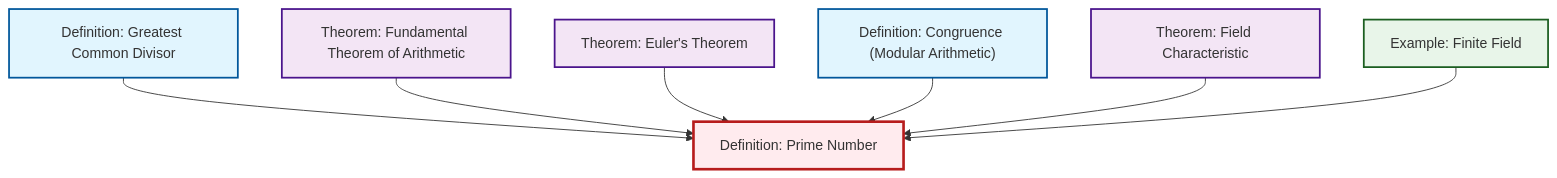
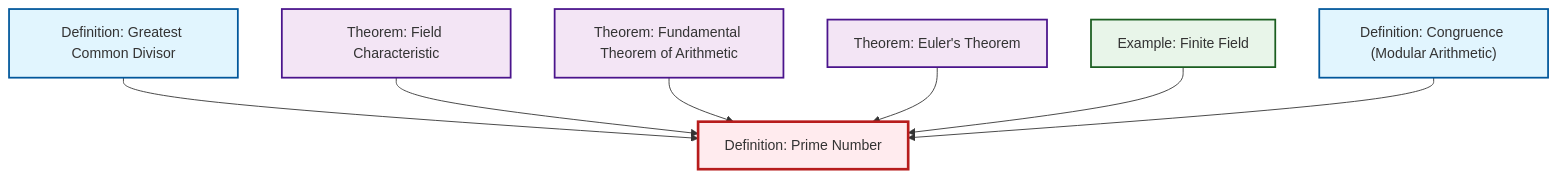
One commit to RK0429/ModernMath changed the diagram in content/ja/number-theory/def-prime.qmd. Above: the diagram before and after it, drawn with Mermaid. The commit also changed other lines of this file and 434 other files, not shown here.

````diff
--- a/content/ja/number-theory/def-prime.qmd
+++ b/content/ja/number-theory/def-prime.qmd
@@ -54,29 +54,29 @@
 ```{mermaid}
 %%| fig-cap: "Local dependency graph"
 graph TD
     classDef definition fill:#e1f5fe,stroke:#01579b,stroke-width:2px
     classDef theorem fill:#f3e5f5,stroke:#4a148c,stroke-width:2px
     classDef axiom fill:#fff3e0,stroke:#e65100,stroke-width:2px
     classDef example fill:#e8f5e9,stroke:#1b5e20,stroke-width:2px
     classDef current fill:#ffebee,stroke:#b71c1c,stroke-width:3px
+    ex-finite-field["Example: Finite Field"]:::example
+    def-prime["Definition: Prime Number"]:::definition
     def-gcd["Definition: Greatest Common Divisor"]:::definition
-    ex-finite-field["Example: Finite Field"]:::example
+    thm-fundamental-arithmetic["Theorem: Fundamental Theorem of Arithmetic"]:::theorem
+    thm-field-characteristic["Theorem: Field Characteristic"]:::theorem
     thm-euler["Theorem: Euler's Theorem"]:::theorem
-    thm-field-characteristic["Theorem: Field Characteristic"]:::theorem
-    thm-fundamental-arithmetic["Theorem: Fundamental Theorem of Arithmetic"]:::theorem
     def-congruence["Definition: Congruence (Modular Arithmetic)"]:::definition
-    def-prime["Definition: Prime Number"]:::definition
     def-gcd --> def-prime
+    thm-field-characteristic --> def-prime
     thm-fundamental-arithmetic --> def-prime
     thm-euler --> def-prime
+    ex-finite-field --> def-prime
     def-congruence --> def-prime
-    thm-field-characteristic --> def-prime
-    ex-finite-field --> def-prime
     class def-prime current
+    click ex-finite-field "ex-finite-field.html" "Example: Finite Fieldへ"
     click def-gcd "def-gcd.html" "Definition: Greatest Common Divisorへ"
-    click ex-finite-field "ex-finite-field.html" "Example: Finite Fieldへ"
+    click thm-fundamental-arithmetic "thm-fundamental-arithmetic.html" "Theorem: Fundamental Theorem of Arithmeticへ"
+    click thm-field-characteristic "thm-field-characteristic.html" "Theorem: Field Characteristicへ"
     click thm-euler "thm-euler.html" "Theorem: Euler's Theoremへ"
-    click thm-field-characteristic "thm-field-characteristic.html" "Theorem: Field Characteristicへ"
-    click thm-fundamental-arithmetic "thm-fundamental-arithmetic.html" "Theorem: Fundamental Theorem of Arithmeticへ"
     click def-congruence "def-congruence.html" "Definition: Congruence (Modular Arithmetic)へ"
 ```
````
